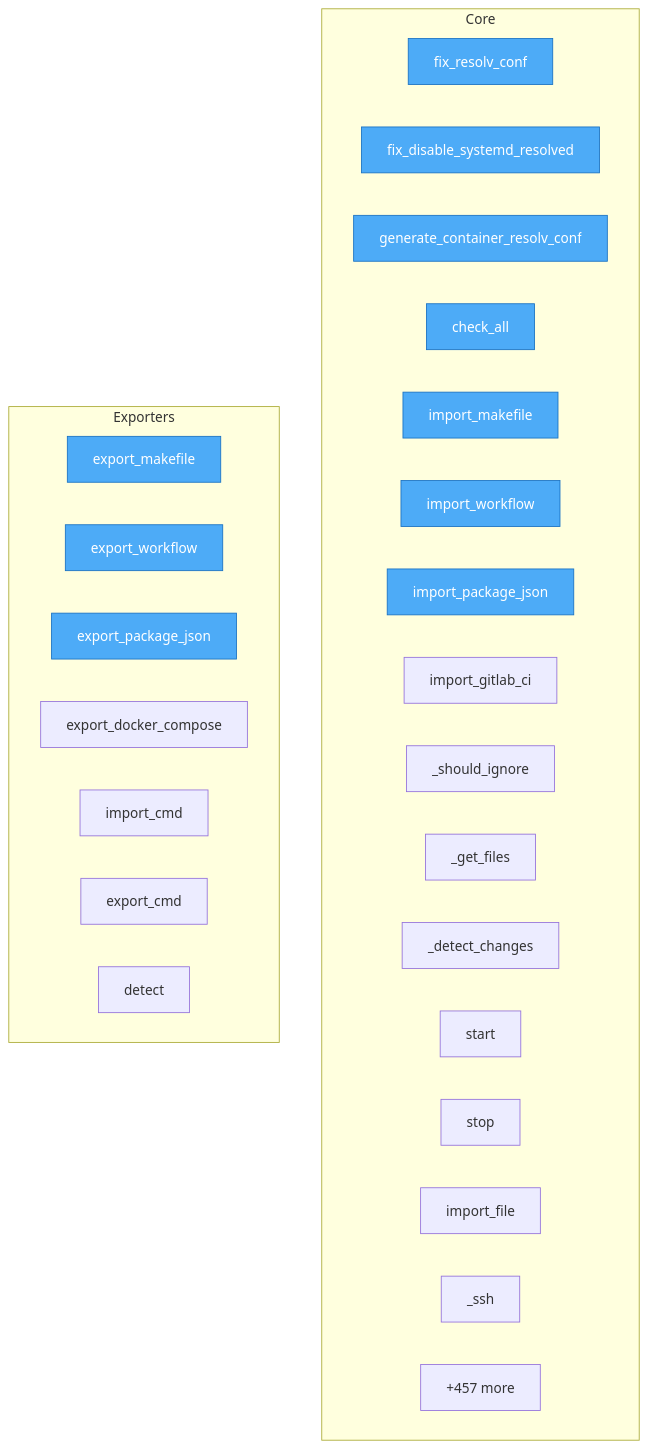
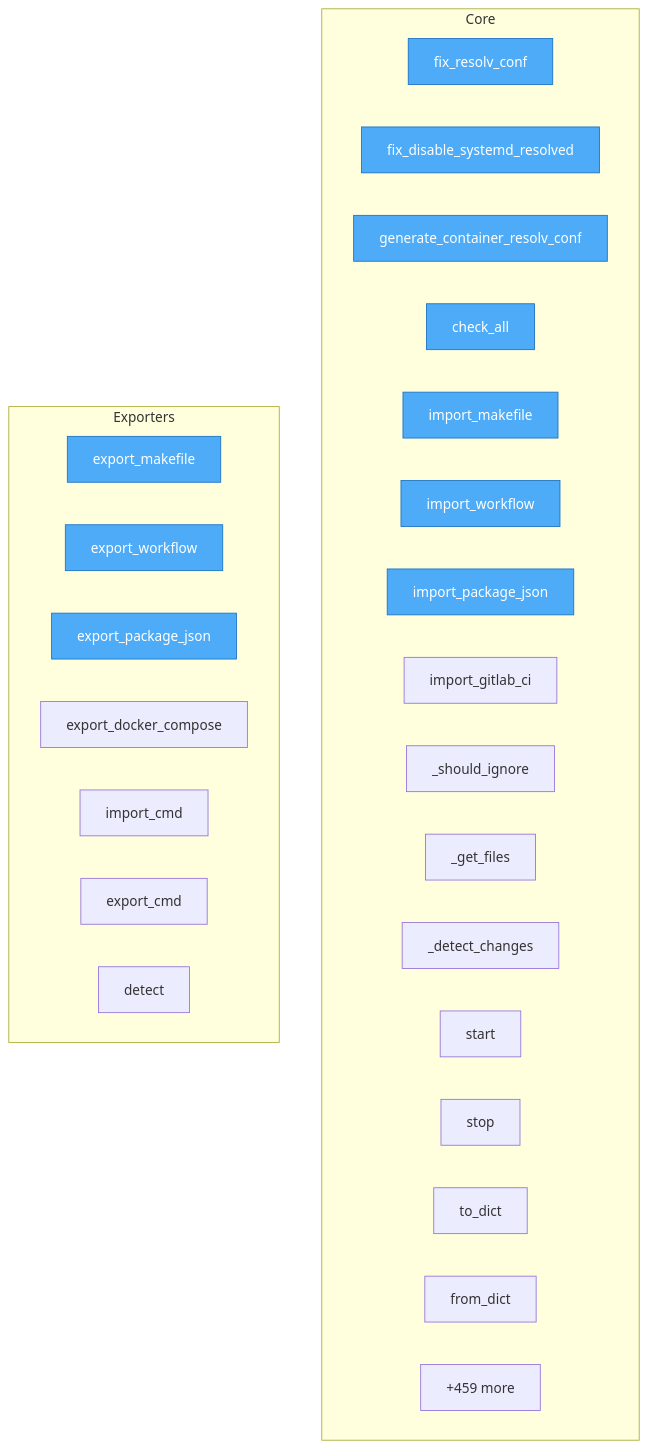
Before and after one commit to pyfunc/taskfile: the diagram in project/flow.mmd, drawn with Mermaid. The commit also changed 25 other files, not shown here.

```diff
--- a/project/flow.mmd
+++ b/project/flow.mmd
@@ -1,35 +1,35 @@
 flowchart TD
 
     %% Entry points (blue)
     classDef entry fill:#4dabf7,stroke:#1971c2,color:#fff
 
     subgraph Core
         TODO__dns__fix_resolv_conf["fix_resolv_conf"]
         TODO__dns__fix_disable_systemd_resolved["fix_disable_systemd_resolved"]
         TODO__dns__generate_container_resolv_conf["generate_container_resolv_conf"]
         TODO__check_all["check_all"]
         src__taskfile__converters__MakefileConverter__import_makefile["import_makefile"]
         src__taskfile__converters__GitHubActionsConverter__import_workflow["import_workflow"]
         src__taskfile__converters__NpmScriptsConverter__import_package_json["import_package_json"]
         src__taskfile__converters__GitLabCIConverter__import_gitlab_ci["import_gitlab_ci"]
         src__taskfile__watch__FileWatcher___should_ignore["_should_ignore"]
         src__taskfile__watch__FileWatcher___get_files["_get_files"]
         src__taskfile__watch__FileWatcher___detect_changes["_detect_changes"]
         src__taskfile__watch__FileWatcher__start["start"]
         src__taskfile__watch__FileWatcher__stop["stop"]
-        src__taskfile__importer__import_file["import_file"]
-        src__taskfile__provisioner__VPSProvisioner___ssh["_ssh"]
-        ...["+457 more"]
+        src__taskfile__registry__TaskPackage__to_dict["to_dict"]
+        src__taskfile__registry__TaskPackage__from_dict["from_dict"]
+        ...["+459 more"]
     end
 
     subgraph Exporters
         src__taskfile__converters__MakefileConverter__export_makefile["export_makefile"]
         src__taskfile__converters__GitHubActionsConverter__export_workflow["export_workflow"]
         src__taskfile__converters__NpmScriptsConverter__export_package_json["export_package_json"]
         src__taskfile__converters__DockerComposeConverter__export_docker_compose["export_docker_compose"]
         src__taskfile__cli__import_export__import_cmd["import_cmd"]
         src__taskfile__cli__import_export__export_cmd["export_cmd"]
         src__taskfile__cli__import_export__detect["detect"]
     end
 
     class TODO__dns__fix_resolv_conf,TODO__dns__fix_disable_systemd_resolved,TODO__dns__generate_container_resolv_conf,TODO__check_all,src__taskfile__converters__MakefileConverter__import_makefile,src__taskfile__converters__MakefileConverter__export_makefile,src__taskfile__converters__GitHubActionsConverter__import_workflow,src__taskfile__converters__GitHubActionsConverter__export_workflow,src__taskfile__converters__NpmScriptsConverter__import_package_json,src__taskfile__converters__NpmScriptsConverter__export_package_json entry
```
